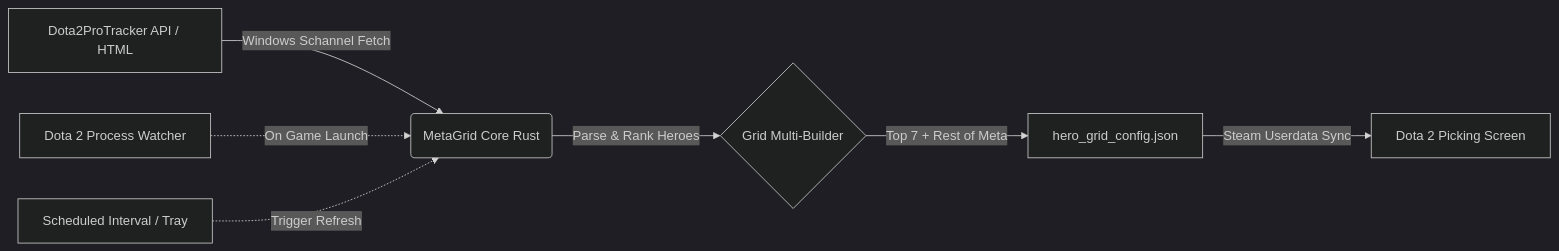
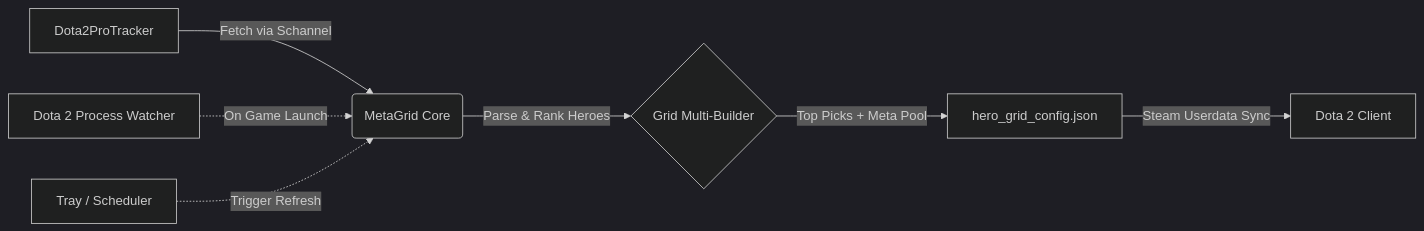
One commit to maybewewill/metagrid changed the diagram in README.md. Above: the diagram before and after it, drawn with Mermaid (dark theme). The commit also changed other lines of this file and 4 other files, not shown here.

````diff
--- a/README.md
+++ b/README.md
@@ -103,9 +87,9 @@
 ```mermaid
 flowchart LR
-    A[Dota2ProTracker API / HTML] -->|Windows Schannel Fetch| B(MetaGrid Core Rust)
+    A[Dota2ProTracker] -->|Fetch via Schannel| B(MetaGrid Core)
     B -->|Parse & Rank Heroes| C{Grid Multi-Builder}
-    C -->|Top 7 + Rest of Meta| D[hero_grid_config.json]
-    D -->|Steam Userdata Sync| E[Dota 2 Picking Screen]
+    C -->|Top Picks + Meta Pool| D[hero_grid_config.json]
+    D -->|Steam Userdata Sync| E[Dota 2 Client]
     F[Dota 2 Process Watcher] -.->|On Game Launch| B
-    G[Scheduled Interval / Tray] -.->|Trigger Refresh| B
+    G[Tray / Scheduler] -.->|Trigger Refresh| B
 ```
````
